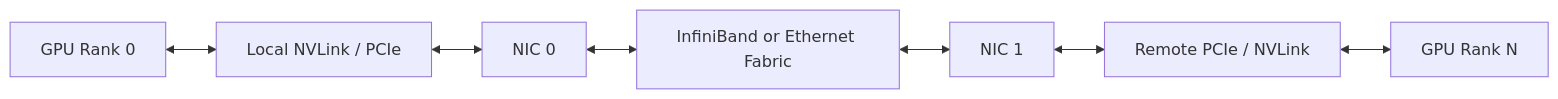
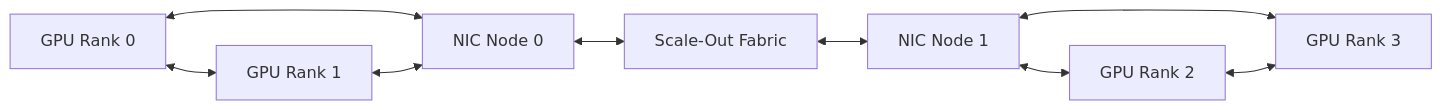
One commit to jithinpnjm/nvidia-devops changed the first of 3 diagrams in docs/nvidia-zero-to-hero/volume-07/chapter-09-multi-node-collectives-and-nccl-paths.md. Above: the diagram before and after it, drawn with Mermaid. The commit also changed other lines of this file and 7 other files, not shown here.

````diff
--- a/docs/nvidia-zero-to-hero/volume-07/chapter-09-multi-node-collectives-and-nccl-paths.md
+++ b/docs/nvidia-zero-to-hero/volume-07/chapter-09-multi-node-collectives-and-nccl-paths.md
@@ -18,9 +59,18 @@
 ```mermaid
 flowchart LR
-    G0[GPU Rank 0] <--> Local[Local NVLink / PCIe]
-    Local <--> NIC0[NIC 0]
-    NIC0 <--> Fabric[InfiniBand or Ethernet Fabric]
-    Fabric <--> NIC1[NIC 1]
-    NIC1 <--> Remote[Remote PCIe / NVLink]
-    Remote <--> G1[GPU Rank N]
+    G0[GPU Rank 0]
+    G1[GPU Rank 1]
+    N0[NIC Node 0]
+    Fabric[Scale-Out Fabric]
+    N1[NIC Node 1]
+    G2[GPU Rank 2]
+    G3[GPU Rank 3]
+
+    G0 <--> G1
+    G0 <--> N0
+    G1 <--> N0
+    N0 <--> Fabric <--> N1
+    N1 <--> G2
+    N1 <--> G3
+    G2 <--> G3
 ```
````
